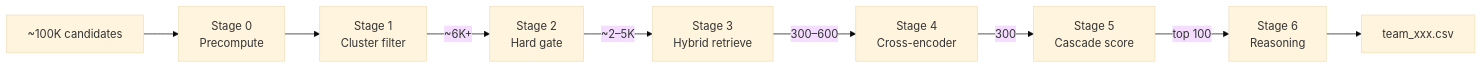
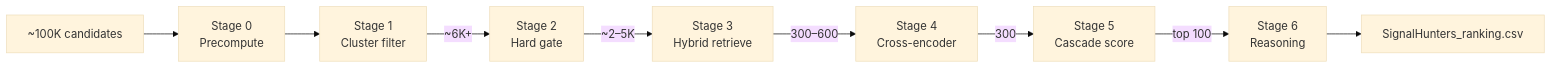
One commit to thzizsreev/RedRob changed the diagram in guide/overview.md. Above: the diagram before and after it, drawn with Mermaid (base theme). The commit also changed other lines of this file and 127 other files, not shown here.

Commit message:
Finalize hackathon submission: rank.py, apply_reasoning.py, Docker sandbox, SignalHunters pipeline

````diff
--- a/guide/overview.md
+++ b/guide/overview.md
@@ -22,21 +22,21 @@
 ```mermaid
 flowchart LR
   pool["~100K candidates"]
   s0["Stage 0\nPrecompute"]
   s1["Stage 1\nCluster filter"]
   s2["Stage 2\nHard gate"]
   s3["Stage 3\nHybrid retrieve"]
   s4["Stage 4\nCross-encoder"]
   s5["Stage 5\nCascade score"]
   s6["Stage 6\nReasoning"]
-  out["team_xxx.csv"]
+  out["SignalHunters_ranking.csv"]
 
   pool --> s0
   s0 --> s1
   s1 -->|"~6K+"| s2
   s2 -->|"~2–5K"| s3
   s3 -->|"300–600"| s4
   s4 -->|"300"| s5
   s5 -->|"top 100"| s6
   s6 --> out
 ```
````
